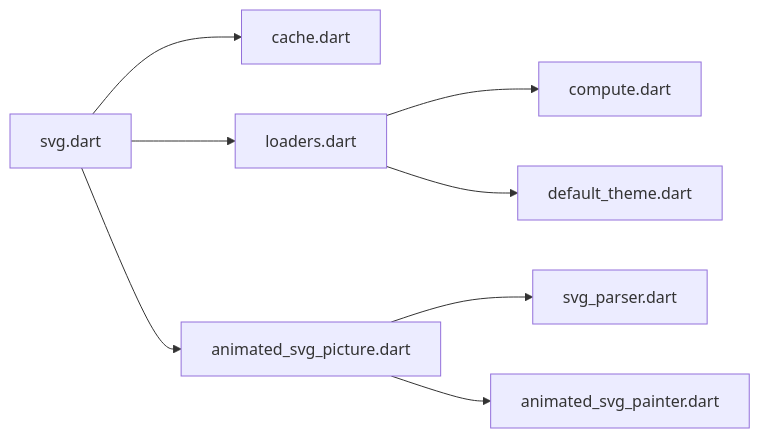
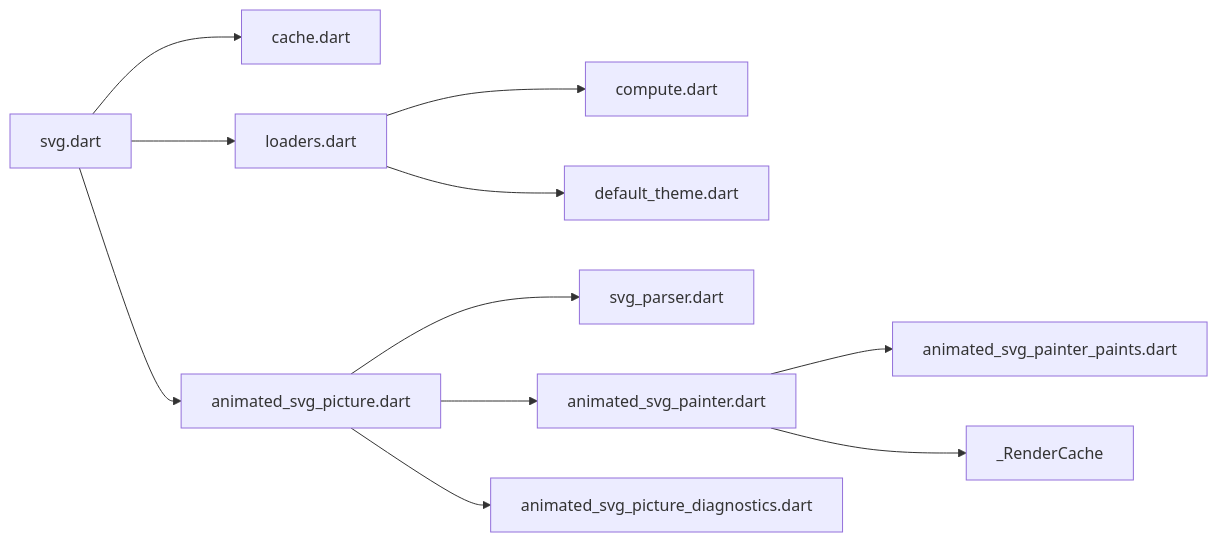
One commit to denisnadey/flutter_full_svg_support changed diagram 12 of 12 in .qoder/repowiki/en/content/Static SVG Rendering/Performance Optimization.md. Above: the diagram before and after it, drawn with Mermaid. The commit also changed other lines of this file and 65 other files, not shown here.

First line of the commit message:
refactor(animation): modularize AnimatedSvgPainter and enhance caching

````diff
--- a/.qoder/repowiki/en/content/Static SVG Rendering/Performance Optimization.md
+++ b/.qoder/repowiki/en/content/Static SVG Rendering/Performance Optimization.md
@@ -363,10 +495,13 @@
 ```mermaid
 graph LR
 SvgAPI["svg.dart"] --> Cache["cache.dart"]
 SvgAPI --> Loaders["loaders.dart"]
 Loaders --> Compute["compute.dart"]
 SvgAPI --> Anim["animated_svg_picture.dart"]
 Anim --> Parser["svg_parser.dart"]
 Anim --> Painter["animated_svg_painter.dart"]
+Painter --> Paints["animated_svg_painter_paints.dart"]
+Painter --> RenderCache["_RenderCache"]
+Anim --> Diagnostics["animated_svg_picture_diagnostics.dart"]
 Loaders --> Theme["default_theme.dart"]
 ```
````
